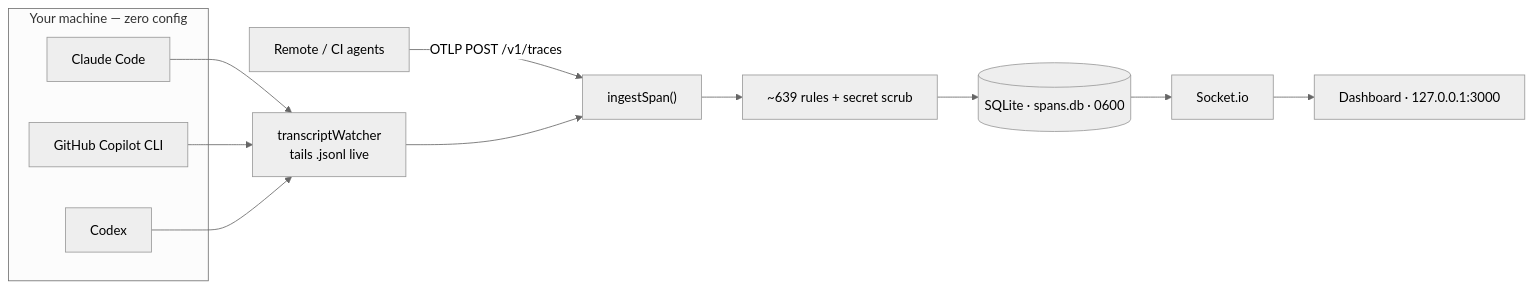
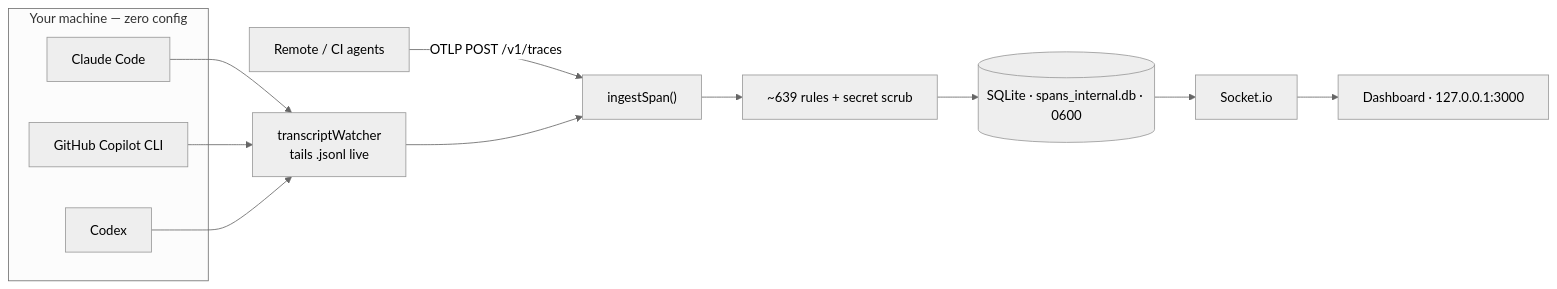
The diagram in docs/index.mdx (aanjaneyasinghdhoni/ClaudeSec), drawn with Mermaid (neutral theme) before and after one commit. The commit also changed other lines of this file and 15 other files, not shown here.

First line of the commit message:
feat(data): rename the database to spans_internal.db with safe auto-migration

````diff
--- a/docs/index.mdx
+++ b/docs/index.mdx
@@ -79,17 +79,17 @@
 ```mermaid
 flowchart LR
     subgraph machine["Your machine — zero config"]
         CC["Claude Code"]
         CP["GitHub Copilot CLI"]
         CX["Codex"]
     end
     CC --> W["transcriptWatcher<br/>tails .jsonl live"]
     CP --> W
     CX --> W
     REMOTE["Remote / CI agents"] -->|"OTLP POST /v1/traces"| ING
     W --> ING["ingestSpan()"]
     ING --> RULES["~639 rules + secret scrub"]
-    RULES --> DB[("SQLite · spans.db · 0600")]
+    RULES --> DB[("SQLite · spans_internal.db · 0600")]
     DB --> IO["Socket.io"]
     IO --> UI["Dashboard · 127.0.0.1:3000"]
 ```
````
